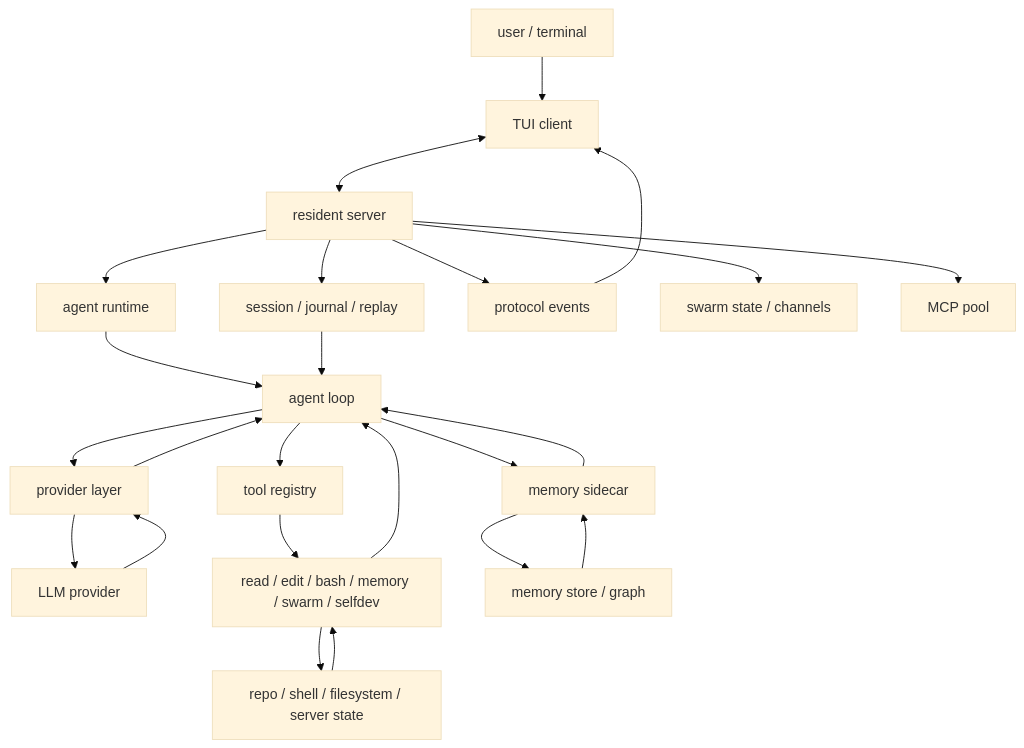
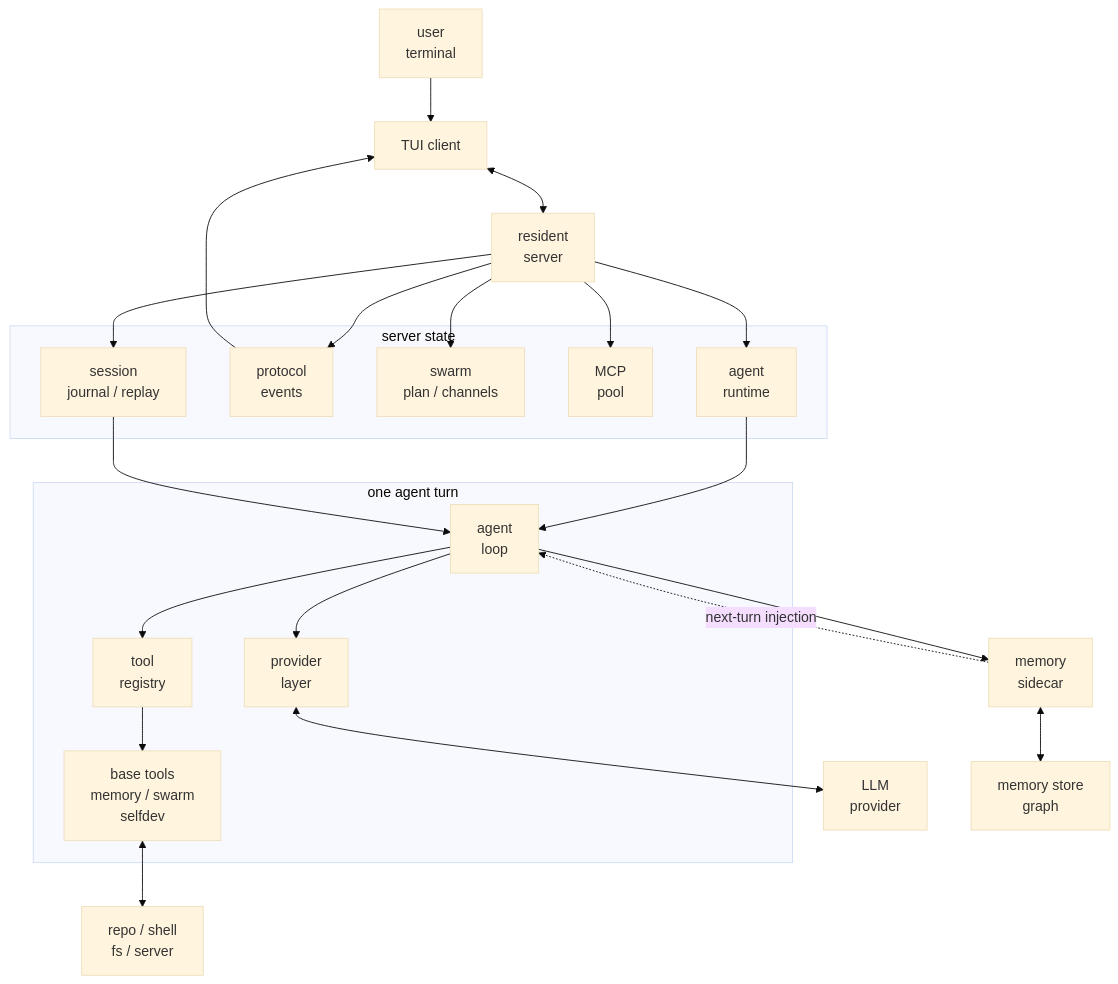
The diagram in docs/en/00-map.md (Br1an67/learn-jcode), drawn with Mermaid (base theme) before and after one commit. The commit also changed 23 other files, not shown here.

Commit message:
Improve Mermaid diagram layout

````diff
--- a/docs/en/00-map.md
+++ b/docs/en/00-map.md
@@ -11,31 +11,39 @@
 ```mermaid
 flowchart TD
-  User["user / terminal"] --> TUI["TUI client"]
-  TUI <--> Server["resident server"]
+  User["user<br/>terminal"] --> TUI["TUI client"]
+  TUI <--> Server["resident<br/>server"]
 
-  Server --> Sessions["session / journal / replay"]
-  Server --> Runtime["agent runtime"]
-  Server --> Events["protocol events"]
-  Server --> Swarm["swarm state / channels"]
-  Server --> MCP["MCP pool"]
+  subgraph ServerState["server state"]
+    Sessions["session<br/>journal / replay"]
+    Events["protocol<br/>events"]
+    Swarm["swarm<br/>plan / channels"]
+    MCP["MCP<br/>pool"]
+    Runtime["agent<br/>runtime"]
+  end
 
-  Runtime --> Loop["agent loop"]
-  Loop --> Provider["provider layer"]
-  Provider --> Model["LLM provider"]
-  Model --> Provider
-  Provider --> Loop
+  Server --> Runtime
+  Server --> Sessions
+  Server --> Events
+  Server --> Swarm
+  Server --> MCP
+  Events --> TUI
 
-  Loop --> Registry["tool registry"]
-  Registry --> Tools["read / edit / bash / memory / swarm / selfdev"]
-  Tools --> World["repo / shell / filesystem / server state"]
-  World --> Tools
-  Tools --> Loop
+  subgraph Turn["one agent turn"]
+    Loop["agent<br/>loop"]
+    Provider["provider<br/>layer"]
+    Registry["tool<br/>registry"]
+    Tools["base tools<br/>memory / swarm<br/>selfdev"]
+  end
 
-  Loop --> MemorySidecar["memory sidecar"]
-  MemorySidecar --> MemoryStore["memory store / graph"]
-  MemoryStore --> MemorySidecar
-  MemorySidecar --> Loop
+  Runtime --> Loop
+  Sessions --> Loop
+  Loop --> Provider
+  Provider <--> Model["LLM<br/>provider"]
+  Loop --> Registry
+  Registry --> Tools
+  Tools <--> World["repo / shell<br/>fs / server"]
 
-  Events --> TUI
-  Sessions --> Loop
+  Loop --> MemorySidecar["memory<br/>sidecar"]
+  MemorySidecar <--> MemoryStore["memory store<br/>graph"]
+  MemorySidecar -. next-turn injection .-> Loop
 ```
````
